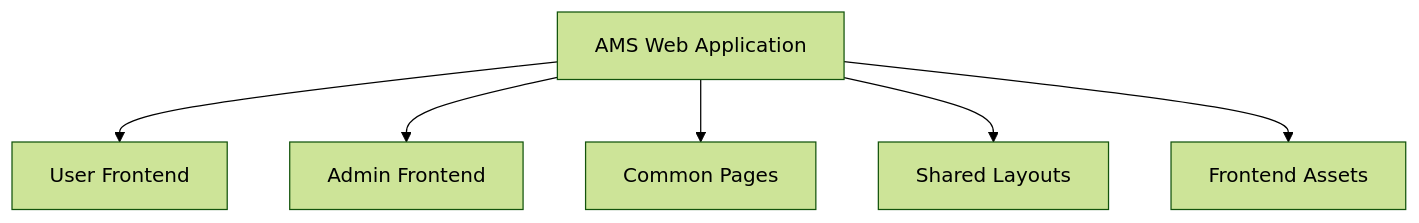
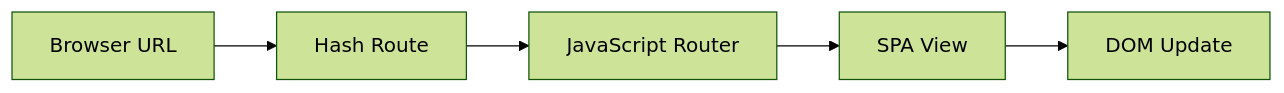
One commit to MotionPrograming/AuthorizationManagementSystem changed the seventh of 21 diagrams in README.md. Above: the diagram before and after it, drawn with Mermaid (forest theme). The commit also changed other lines of this file, not shown here.

````diff
--- a/README.md
+++ b/README.md
@@ -211,16 +995,17 @@
 ```mermaid
-flowchart TB
-    APP["AMS Web Application"]
+flowchart LR
+    URL["Browser URL"]
 
-    USER["User Frontend"]
-    ADMIN["Admin Frontend"]
-    COMMON["Common Pages"]
-    LAYOUT["Shared Layouts"]
-    ASSETS["Frontend Assets"]
+    HASH["Hash Route"]
 
-    APP --> USER
-    APP --> ADMIN
-    APP --> COMMON
-    APP --> LAYOUT
-    APP --> ASSETS
+    ROUTER["JavaScript Router"]
+
+    VIEW["SPA View"]
+
+    DOM["DOM Update"]
+
+    URL --> HASH
+    HASH --> ROUTER
+    ROUTER --> VIEW
+    VIEW --> DOM
 ```
````
